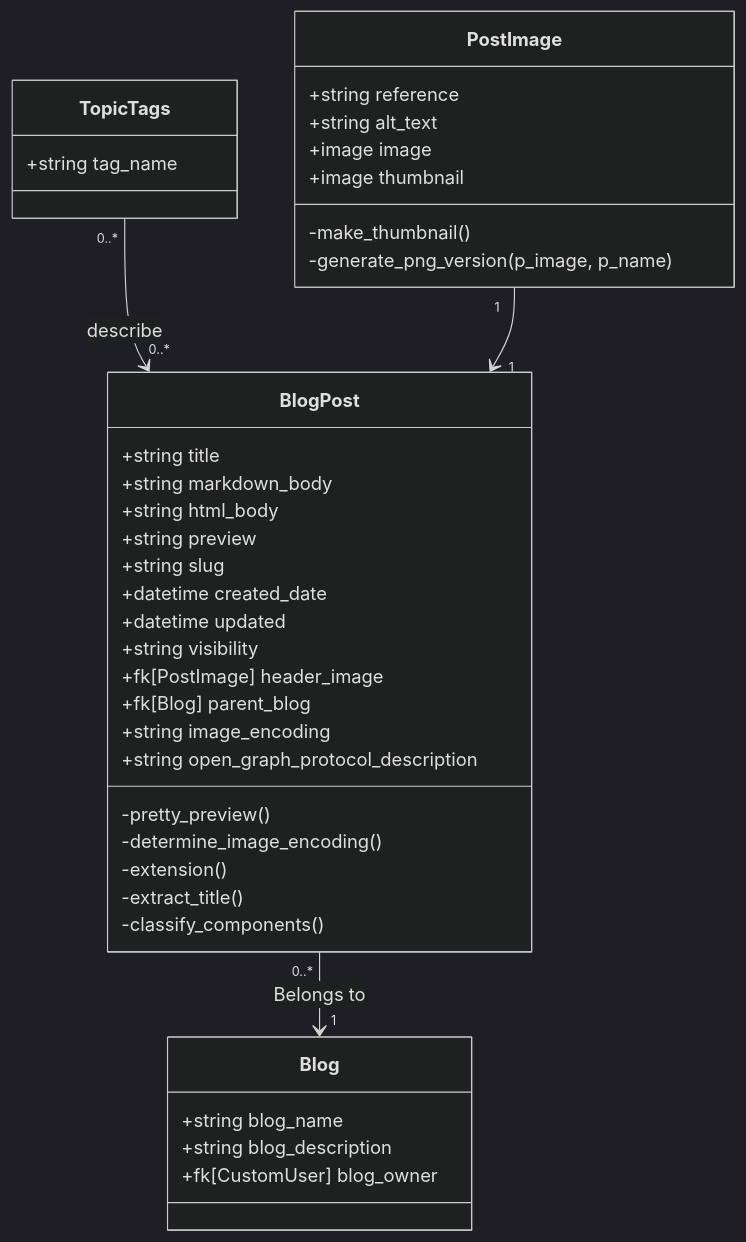
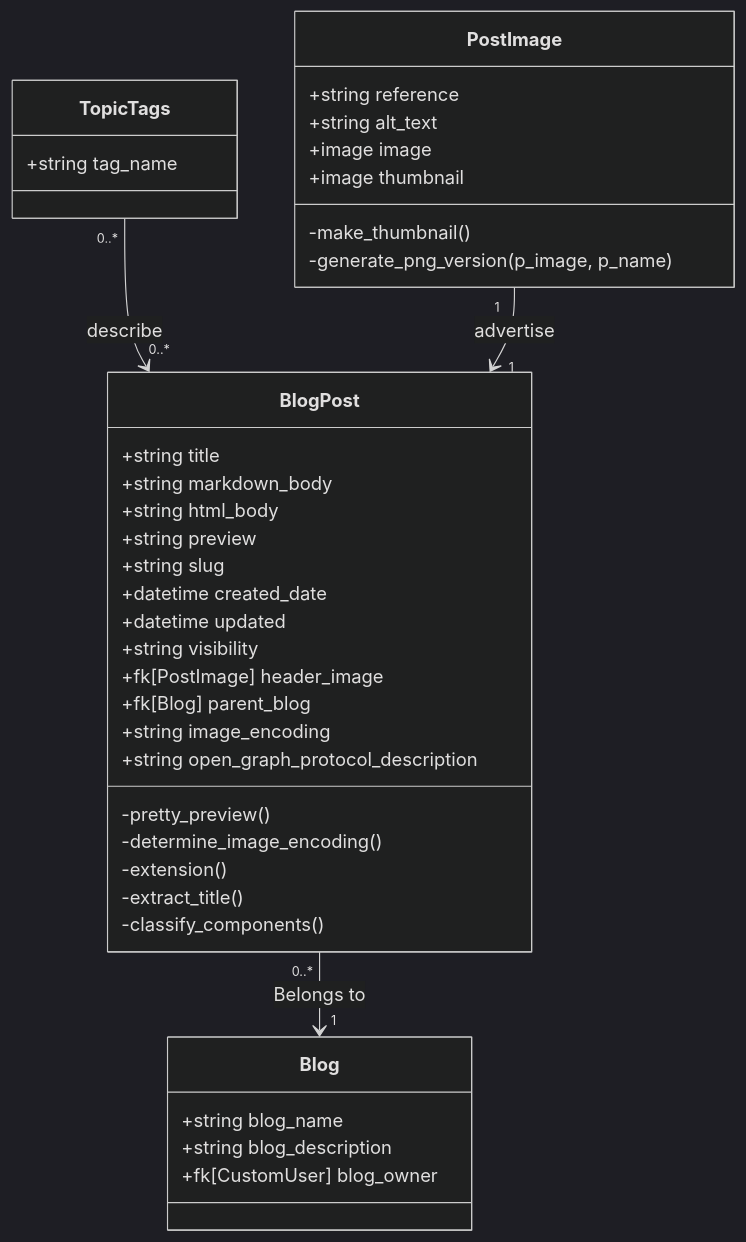
Before and after one commit to SethAngell/TheVirtualCompound: the diagram in app/blog/readme.md, drawn with Mermaid (dark theme).

Commit message:
added relational descriptor to PostImage

````diff
--- a/app/blog/readme.md
+++ b/app/blog/readme.md
@@ -7,47 +7,47 @@
 ```mermaid
 classDiagram
     class Blog {
         +string blog_name
         +string blog_description
         +fk[CustomUser] blog_owner
     }
 
     class TopicTags {
         +string tag_name
     }
 
     class PostImage {
         +string reference
         +string alt_text
         +image image
         +image thumbnail
 
         -make_thumbnail()
         -generate_png_version(p_image, p_name)
     }
 
     class BlogPost {
         +string title
         +string markdown_body
         +string html_body
         +string preview
         +string slug
         +datetime created_date
         +datetime updated
         +string visibility
         +fk[PostImage] header_image
         +fk[Blog] parent_blog
         +string image_encoding
         +string open_graph_protocol_description
 
         -pretty_preview()
         -determine_image_encoding()
         -extension()
         -extract_title()
         -classify_components()
     }
 
     TopicTags "0..*" --> "0..*" BlogPost : describe
     BlogPost "0..*" --> "1" Blog : Belongs to
-    PostImage "1" --> "1" BlogPost
+    PostImage "1" --> "1" BlogPost : advertise
 ```
````
